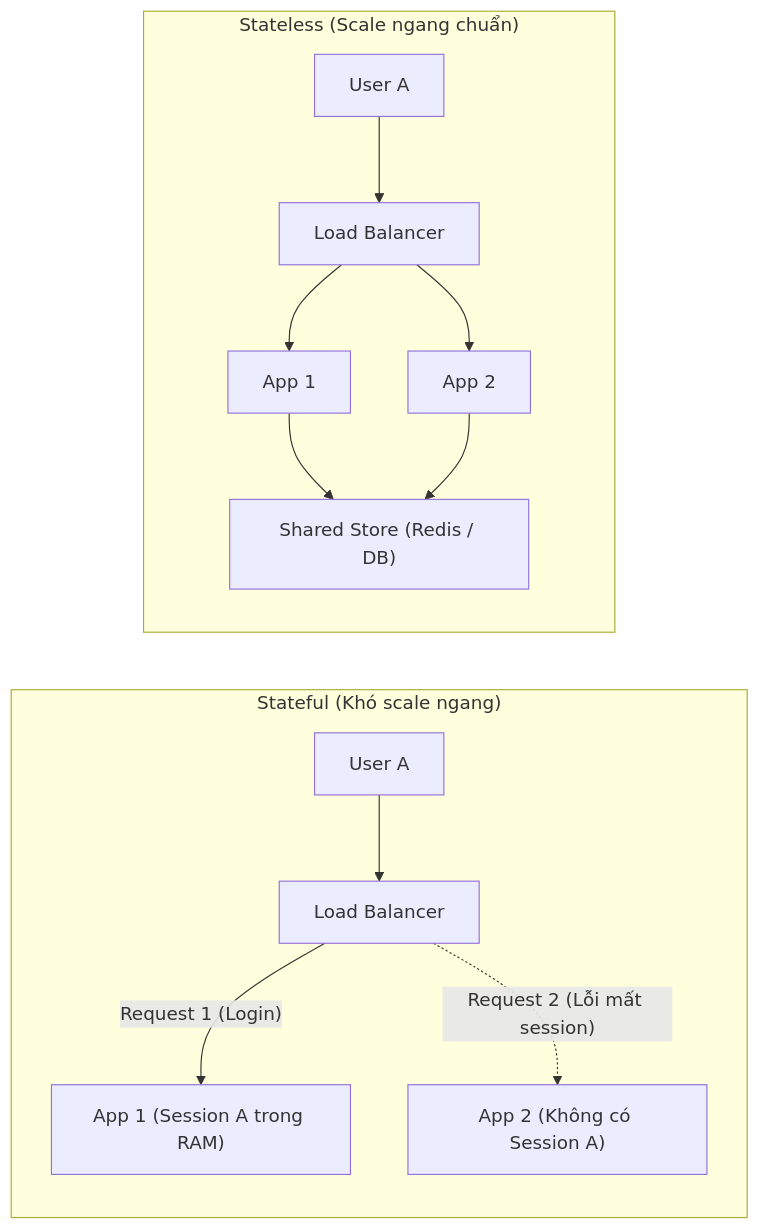
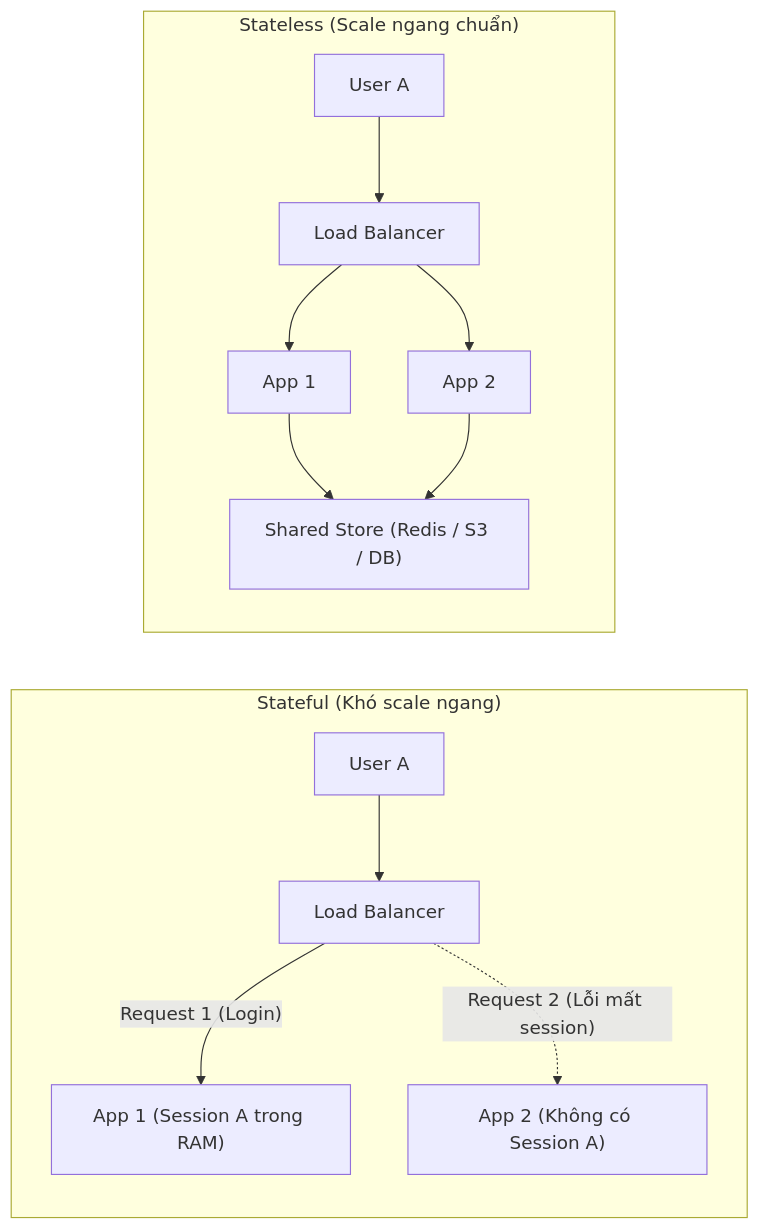
One commit to Duckdiii/system-design-notebook changed the first of 3 diagrams in 00-nen-tang-va-uoc-luong/01-concepts.md. Above: the diagram before and after it, drawn with Mermaid. The commit also changed other lines of this file, not shown here.

````diff
--- a/00-nen-tang-va-uoc-luong/01-concepts.md
+++ b/00-nen-tang-va-uoc-luong/01-concepts.md
@@ -96,16 +112,16 @@
 ```mermaid
 flowchart LR
     subgraph Stateful["Stateful (Khó scale ngang)"]
         U1["User A"] --> LB1["Load Balancer"]
         LB1 -- "Request 1 (Login)" --> S1["App 1 (Session A trong RAM)"]
         LB1 -. "Request 2 (Lỗi mất session)" .-> S2["App 2 (Không có Session A)"]
     end
 
     subgraph Stateless["Stateless (Scale ngang chuẩn)"]
         U2["User A"] --> LB2["Load Balancer"]
         LB2 --> A1["App 1"]
         LB2 --> A2["App 2"]
-        A1 --> R["Shared Store (Redis / DB)"]
+        A1 --> R["Shared Store (Redis / S3 / DB)"]
         A2 --> R
     end
 ```
````
